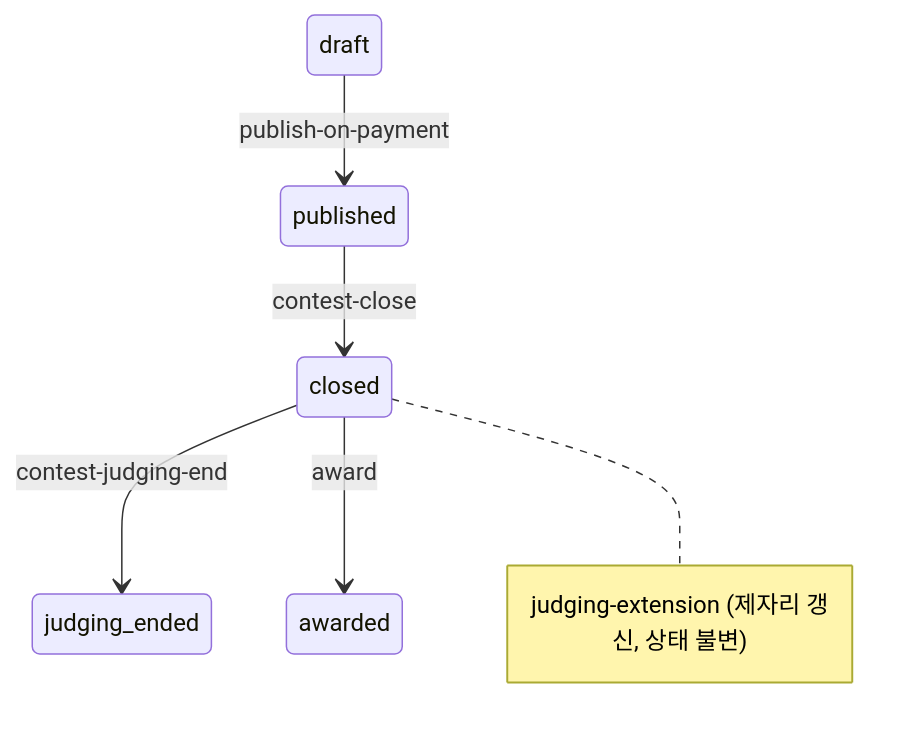
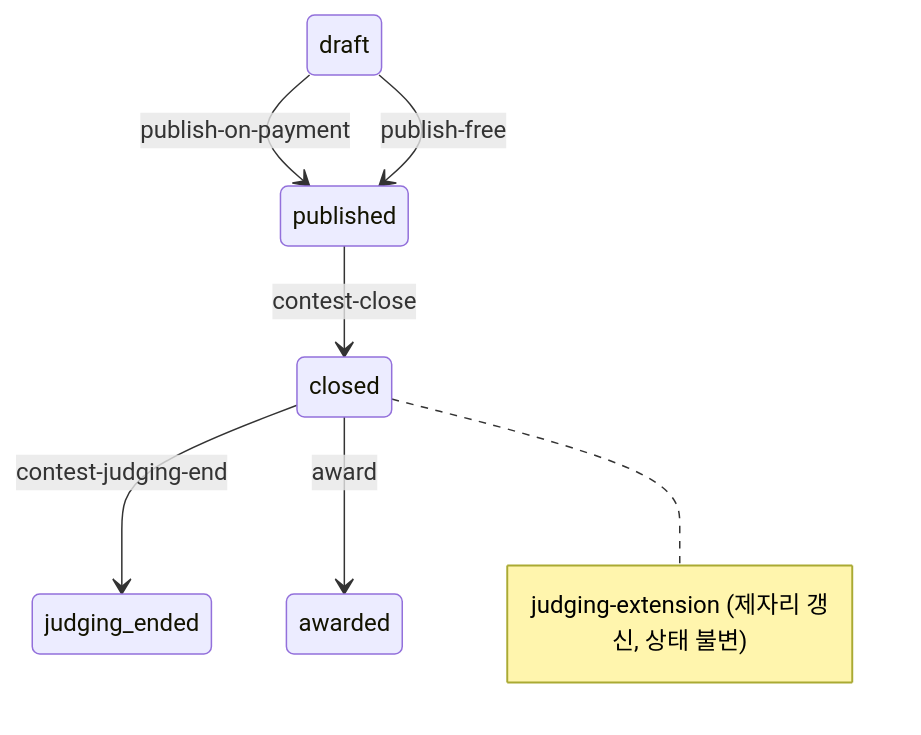
Before and after one commit to sandcorporation/laurio: the diagram in docs/features/backend.md, drawn with Mermaid. The commit also changed other lines of this file and 20 other files, not shown here.

````diff
--- a/docs/features/backend.md
+++ b/docs/features/backend.md
@@ -365,8 +372,9 @@
 ```mermaid
 stateDiagram-v2
     published --> closed : contest-close
     closed --> judging_ended : contest-judging-end
     draft --> published : publish-on-payment
+    draft --> published : publish-free
     closed --> awarded : award
     note right of closed : judging-extension (제자리 갱신, 상태 불변)
 ```
````
